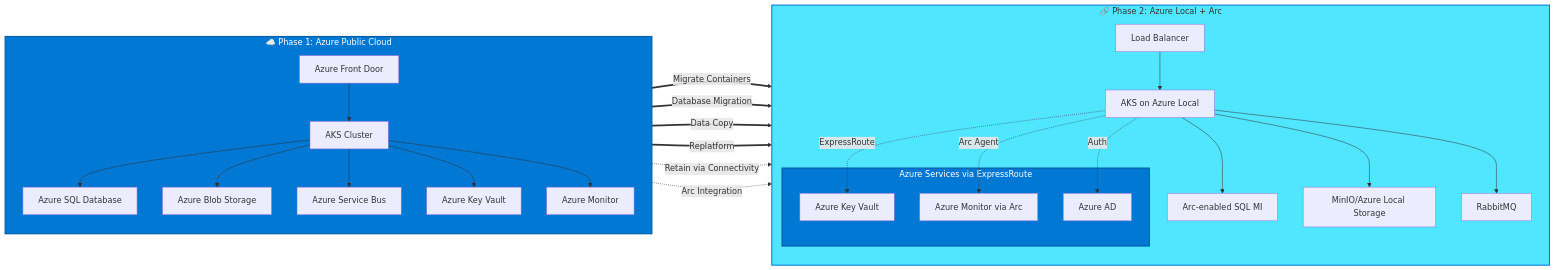
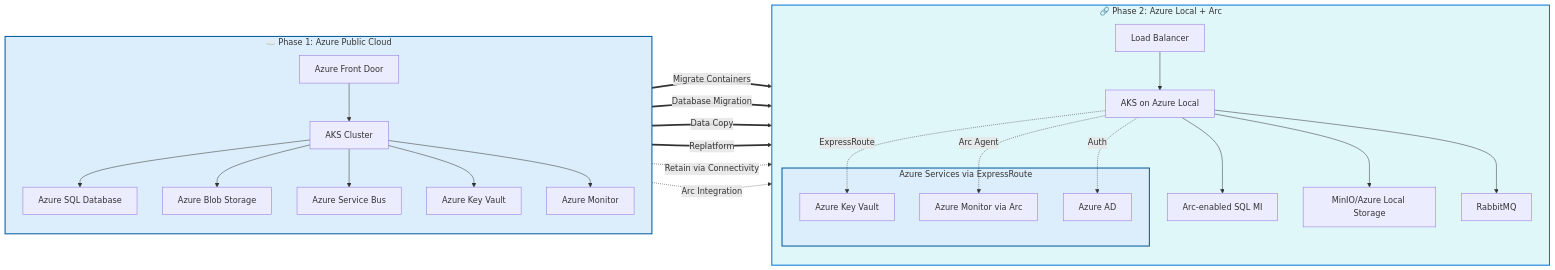
Before and after one commit to EmeaAppGbb/AzureHybridContinuumCookBook: the diagram in docs/06-cloud-exit-scenarios/02-public-to-connected.md, drawn with Mermaid. The commit also changed 28 other files, not shown here.

First line of the commit message:
Fix Mermaid diagram readability: use light pastel subgraph backgrounds

````diff
--- a/docs/06-cloud-exit-scenarios/02-public-to-connected.md
+++ b/docs/06-cloud-exit-scenarios/02-public-to-connected.md
@@ -145,54 +145,54 @@
 ```mermaid
 graph LR
     subgraph Phase1["☁️ Phase 1: Azure Public Cloud"]
         direction TB
         AFD1[Azure Front Door]
         AKS1[AKS Cluster]
         AzSQL1[Azure SQL Database]
         Blob1[Azure Blob Storage]
         SBus1[Azure Service Bus]
         KV1[Azure Key Vault]
         Monitor1[Azure Monitor]
         
         AFD1 --> AKS1
         AKS1 --> AzSQL1
         AKS1 --> Blob1
         AKS1 --> SBus1
         AKS1 --> KV1
         AKS1 --> Monitor1
     end
     
     subgraph Phase2["🔗 Phase 2: Azure Local + Arc"]
         direction TB
         LB2[Load Balancer]
         AKS2[AKS on Azure Local]
         ArcSQL2[Arc-enabled SQL MI]
         MinIO2[MinIO/Azure Local Storage]
         RabbitMQ2[RabbitMQ]
         
         subgraph AzureServices["Azure Services via ExpressRoute"]
             KV2[Azure Key Vault]
             Monitor2[Azure Monitor via Arc]
             AAD2[Azure AD]
         end
         
         LB2 --> AKS2
         AKS2 --> ArcSQL2
         AKS2 --> MinIO2
         AKS2 --> RabbitMQ2
         AKS2 -.->|ExpressRoute| KV2
         AKS2 -.->|Arc Agent| Monitor2
         AKS2 -.->|Auth| AAD2
     end
     
     AKS1 ==>|Migrate Containers| AKS2
     AzSQL1 ==>|Database Migration| ArcSQL2
     Blob1 ==>|Data Copy| MinIO2
     SBus1 ==>|Replatform| RabbitMQ2
     KV1 -.->|Retain via Connectivity| KV2
     Monitor1 -.->|Arc Integration| Monitor2
     
-    style Phase1 fill:#0078d4,stroke:#005a9e,stroke-width:2px,color:#fff
-    style Phase2 fill:#50e6ff,stroke:#0078d4,stroke-width:2px
-    style AzureServices fill:#0078d4,stroke:#005a9e,stroke-width:2px,color:#fff
+    style Phase1 fill:#dceefb,stroke:#005a9e,stroke-width:2px
+    style Phase2 fill:#e0f7fa,stroke:#0078d4,stroke-width:2px
+    style AzureServices fill:#dceefb,stroke:#005a9e,stroke-width:2px
 ```
````
